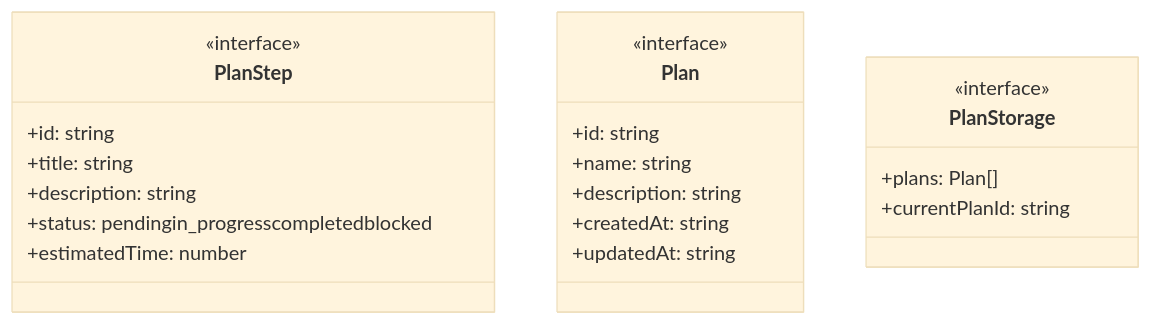
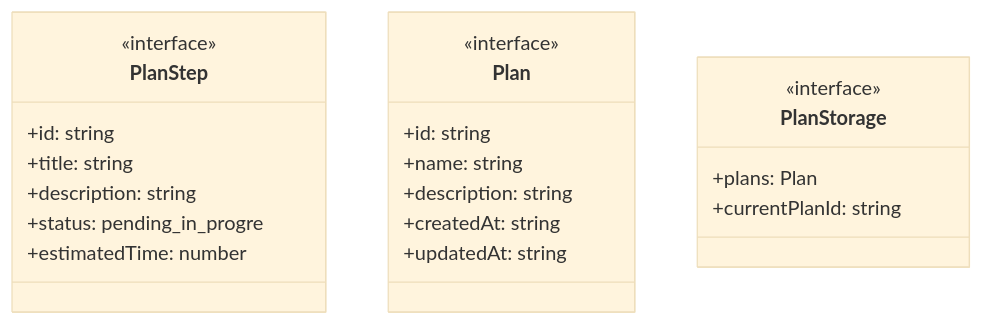
One commit to Mekann2904/mekann changed the first of 2 diagrams in ABDD/.pi/extensions/plan.md. Above: the diagram before and after it, drawn with Mermaid (base theme). The commit also changed other lines of this file and 174 other files, not shown here.

First line of the commit message:
fix(docs): ABDDのMermaid図生成エラーを修正する

````diff
--- a/ABDD/.pi/extensions/plan.md
+++ b/ABDD/.pi/extensions/plan.md
@@ -36,24 +36,24 @@
 ```mermaid
 classDiagram
   class PlanStep {
     <<interface>>
     +id: string
     +title: string
     +description: string
-    +status: pendingin_progresscompletedblocked
+    +status: pending_in_progre
     +estimatedTime: number
   }
   class Plan {
     <<interface>>
     +id: string
     +name: string
     +description: string
     +createdAt: string
     +updatedAt: string
   }
   class PlanStorage {
     <<interface>>
-    +plans: Plan[]
+    +plans: Plan
     +currentPlanId: string
   }
 ```
````
